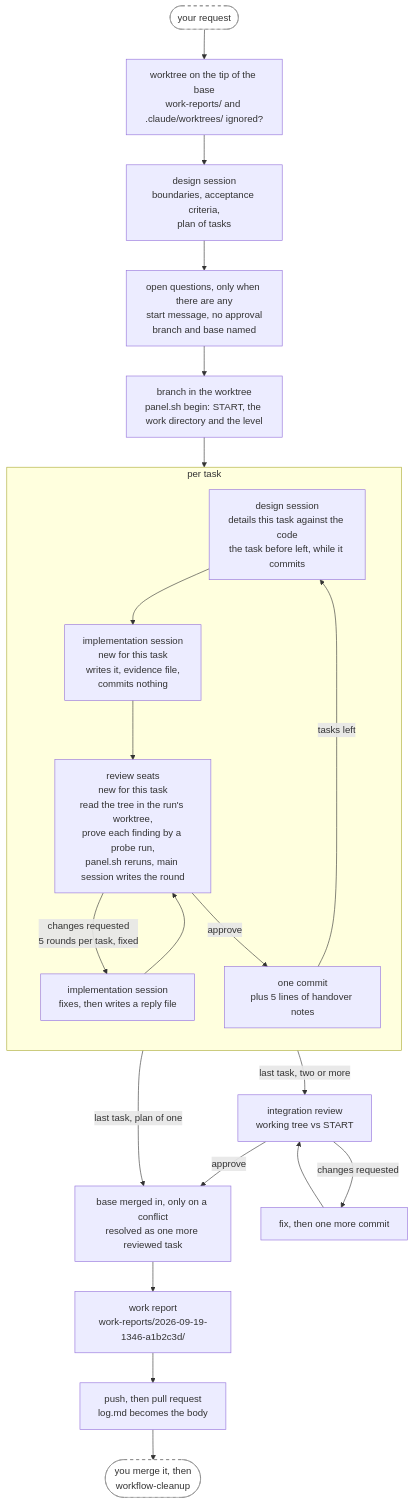
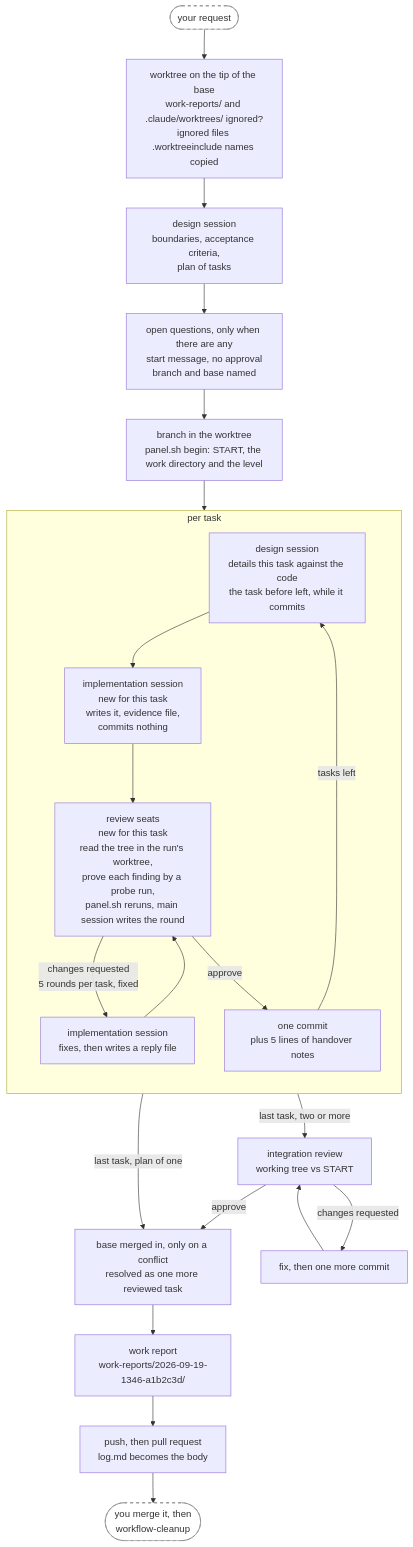
The second of 4 diagrams in plugins/annetaan/README.md (annetaan/claude-plugins), drawn with Mermaid before and after one commit. The commit also changed other lines of this file and 8 other files, not shown here.

First line of the commit message:
Ask once about each ignored file .worktreeinclude does not name, and describe the list in the skills and READMEs

````diff
--- a/plugins/annetaan/README.md
+++ b/plugins/annetaan/README.md
@@ -168,33 +168,33 @@
 ```mermaid
 flowchart TD
-    req(["your request"]) --> wt["worktree on the tip of the base<br/>work-reports/ and .claude/worktrees/ ignored?"] --> design["design session<br/>boundaries, acceptance criteria,<br/>plan of tasks"]
+    req(["your request"]) --> wt["worktree on the tip of the base<br/>work-reports/ and .claude/worktrees/ ignored?<br/>ignored files .worktreeinclude names copied"] --> design["design session<br/>boundaries, acceptance criteria,<br/>plan of tasks"]
     design --> ask["open questions, only when there are any<br/>start message, no approval<br/>branch and base named"]
     ask --> setup["branch in the worktree<br/>panel.sh begin: START, the work directory and the level"]
     setup --> detail
 
     subgraph task["per task"]
         direction TB
         detail["design session<br/>details this task against the code<br/>the task before left, while it commits"]
         impl["implementation session<br/>new for this task<br/>writes it, evidence file,<br/>commits nothing"]
         review["review seats<br/>new for this task<br/>read the tree in the run's worktree,<br/>prove each finding by a probe run,<br/>panel.sh reruns, main session writes the round"]
         respond["implementation session<br/>fixes, then writes a reply file"]
         commit["one commit<br/>plus 5 lines of handover notes"]
         detail --> impl --> review
         review -->|"changes requested<br/>5 rounds per task, fixed"| respond
         respond --> review
         review -->|approve| commit
         commit -->|tasks left| detail
     end
 
     commit -->|"last task, two or more"| integ["integration review<br/>working tree vs START"]
     commit -->|"last task, plan of one"| sync
     integ -->|changes requested| integfix["fix, then one more commit"]
     integfix --> integ
     integ -->|approve| sync["base merged in, only on a conflict<br/>resolved as one more reviewed task"]
     sync --> report["work report<br/>work-reports/2026-09-19-1346-a1b2c3d/"]
     report --> pr["push, then pull request<br/>log.md becomes the body"]
     pr --> clean(["you merge it, then<br/>workflow-cleanup"])
 
     classDef human fill:#fff,stroke:#888,stroke-dasharray: 5 5
     class req,clean human
 ```
````
